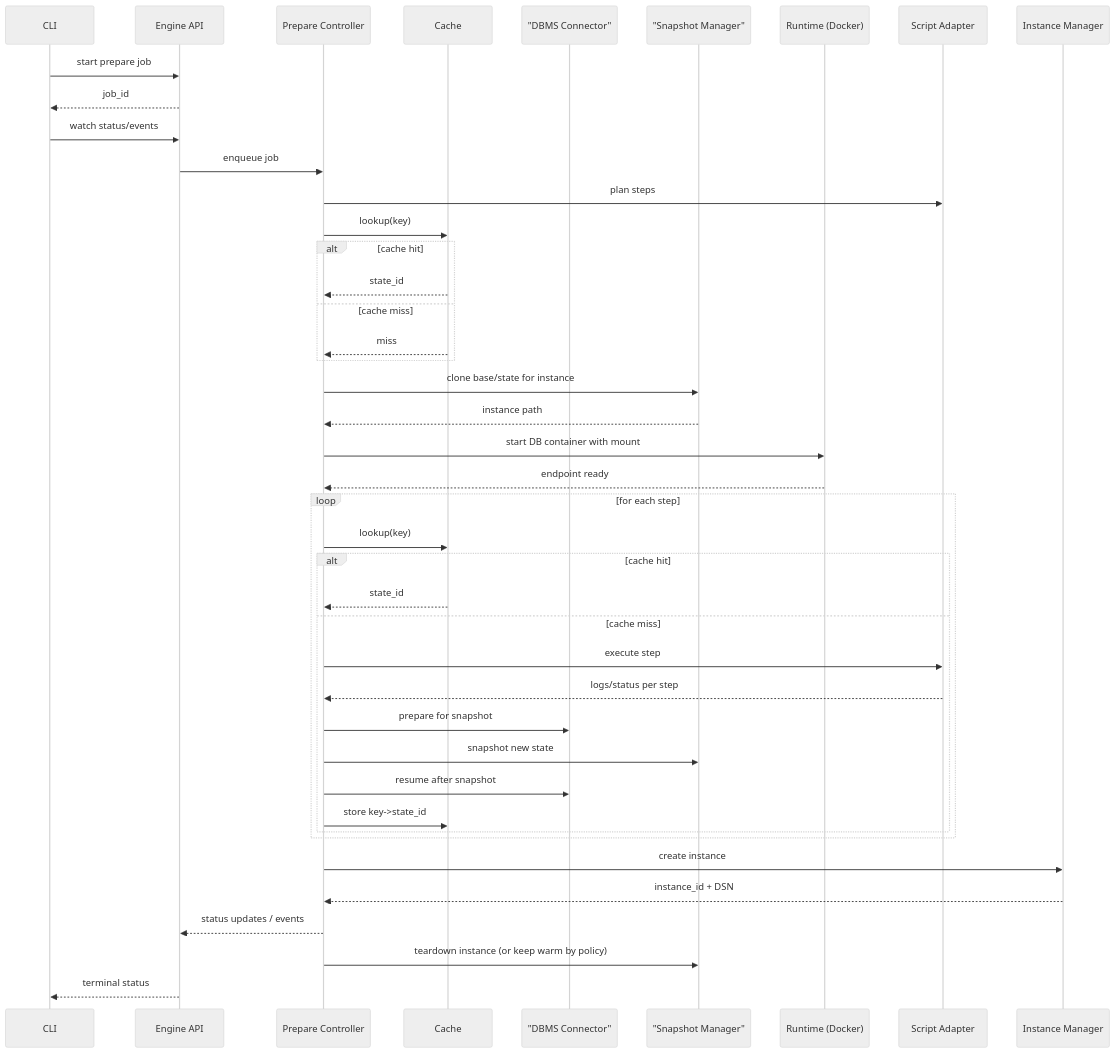
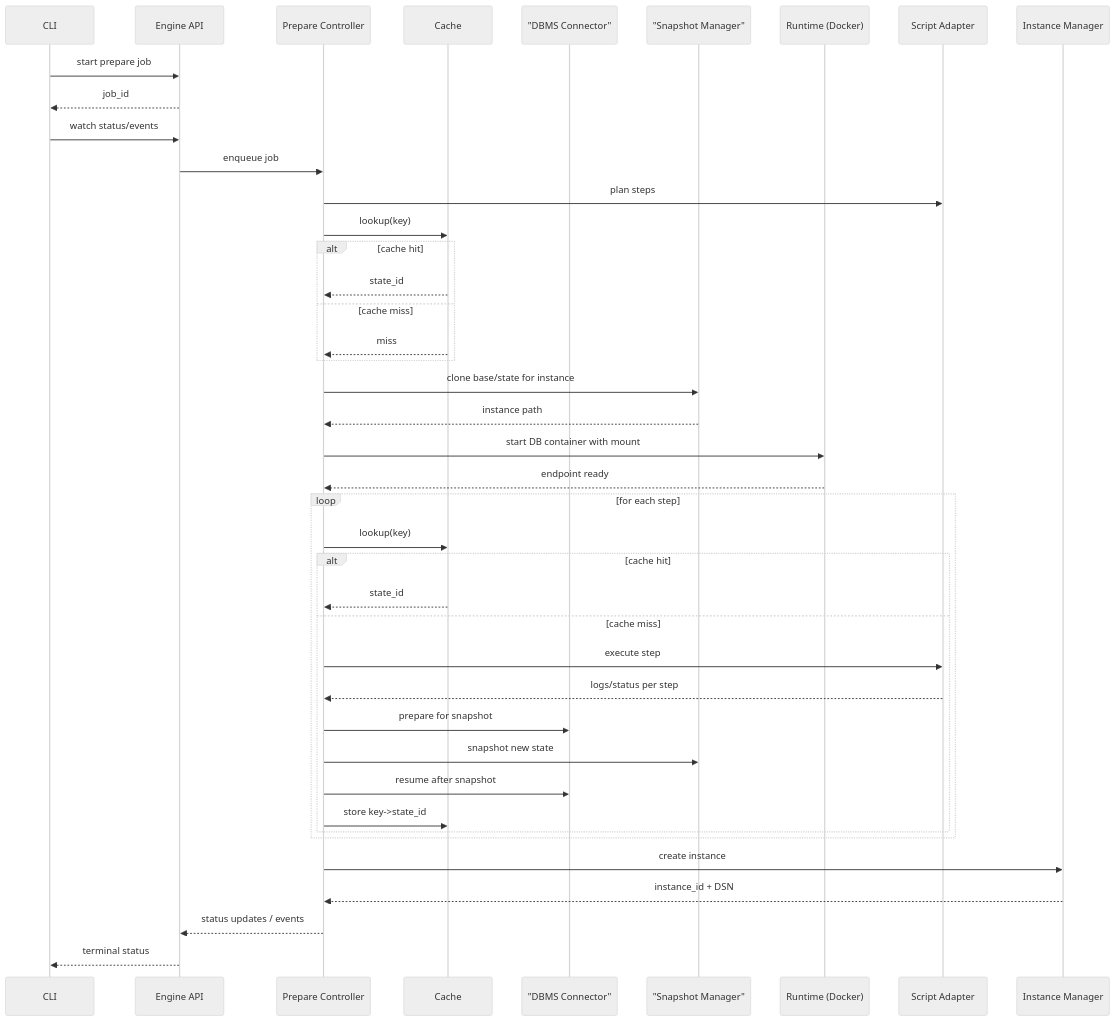
Before and after one commit to kimak-irmagi/taidon: the second of 6 diagrams in docs/architecture/engine-internals.md, drawn with Mermaid (neutral theme). The commit also changed other lines of this file and 66 other files, not shown here.

````diff
--- a/docs/architecture/engine-internals.md
+++ b/docs/architecture/engine-internals.md
@@ -150,46 +159,45 @@
 ```mermaid
 sequenceDiagram
   participant CLI as CLI
   participant API as Engine API
   participant CTRL as Prepare Controller
   participant CACHE as Cache
   participant DBMS as "DBMS Connector"
   participant SNAP as "Snapshot Manager"
   participant RT as Runtime (Docker)
   participant ADAPTER as Script Adapter
   participant INST as Instance Manager
 
   CLI->>API: start prepare job
   API-->>CLI: job_id
   CLI->>API: watch status/events
   API->>CTRL: enqueue job
   CTRL->>ADAPTER: plan steps
   CTRL->>CACHE: lookup(key)
   alt cache hit
     CACHE-->>CTRL: state_id
   else cache miss
     CACHE-->>CTRL: miss
   end
   CTRL->>SNAP: clone base/state for instance
   SNAP-->>CTRL: instance path
   CTRL->>RT: start DB container with mount
   RT-->>CTRL: endpoint ready
   loop for each step
     CTRL->>CACHE: lookup(key)
     alt cache hit
       CACHE-->>CTRL: state_id
     else cache miss
       CTRL->>ADAPTER: execute step
       ADAPTER-->>CTRL: logs/status per step
       CTRL->>DBMS: prepare for snapshot
       CTRL->>SNAP: snapshot new state
       CTRL->>DBMS: resume after snapshot
       CTRL->>CACHE: store key->state_id
     end
   end
   CTRL->>INST: create instance
   INST-->>CTRL: instance_id + DSN
   CTRL-->>API: status updates / events
-  CTRL->>SNAP: teardown instance (or keep warm by policy)
   API-->>CLI: terminal status
 ```
````
